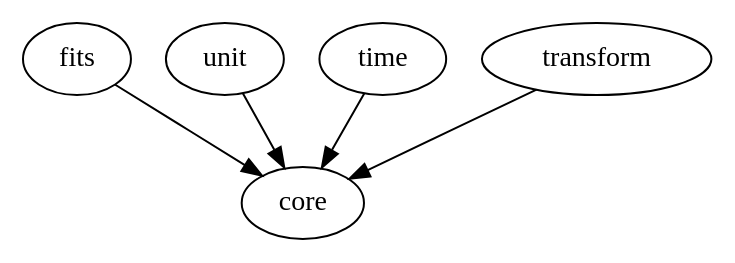
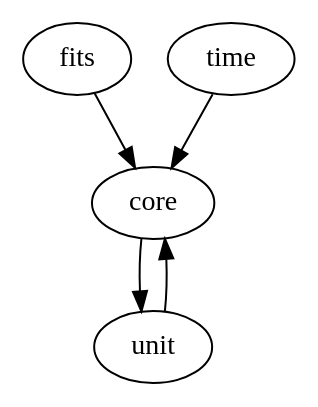
Before and after one commit to asdf-format/asdf-standard: the diagram in docs/source/schemas/index.rst, drawn with Graphviz. The commit also changed other lines of this file and 13 other files, not shown here.

```diff
--- a/docs/source/schemas/index.rst
+++ b/docs/source/schemas/index.rst
@@ -36,6 +35,6 @@
 .. digraph:: modules
 
    "fits" -> "core"
    "unit" -> "core"
    "time" -> "core"
-   "transform" -> "core"
+   "core" -> "unit"
```
